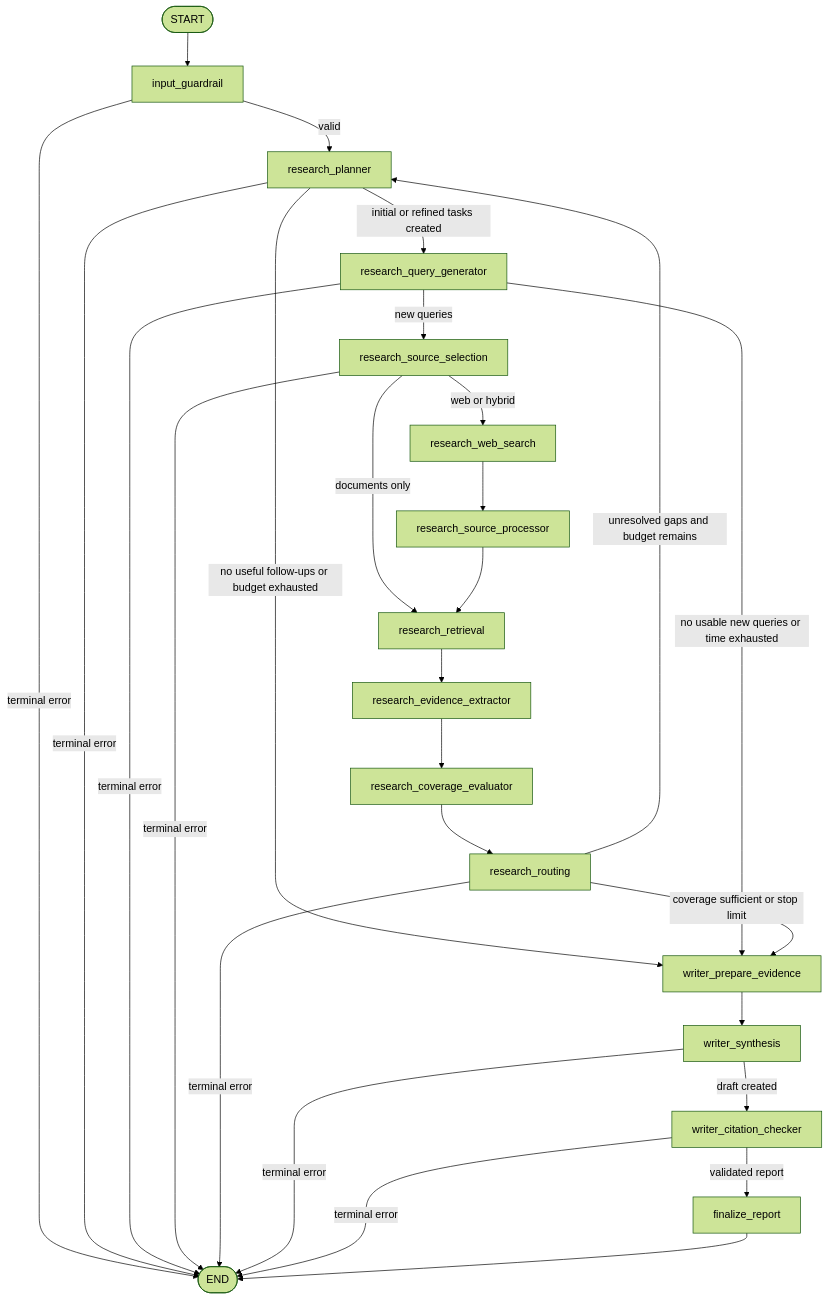
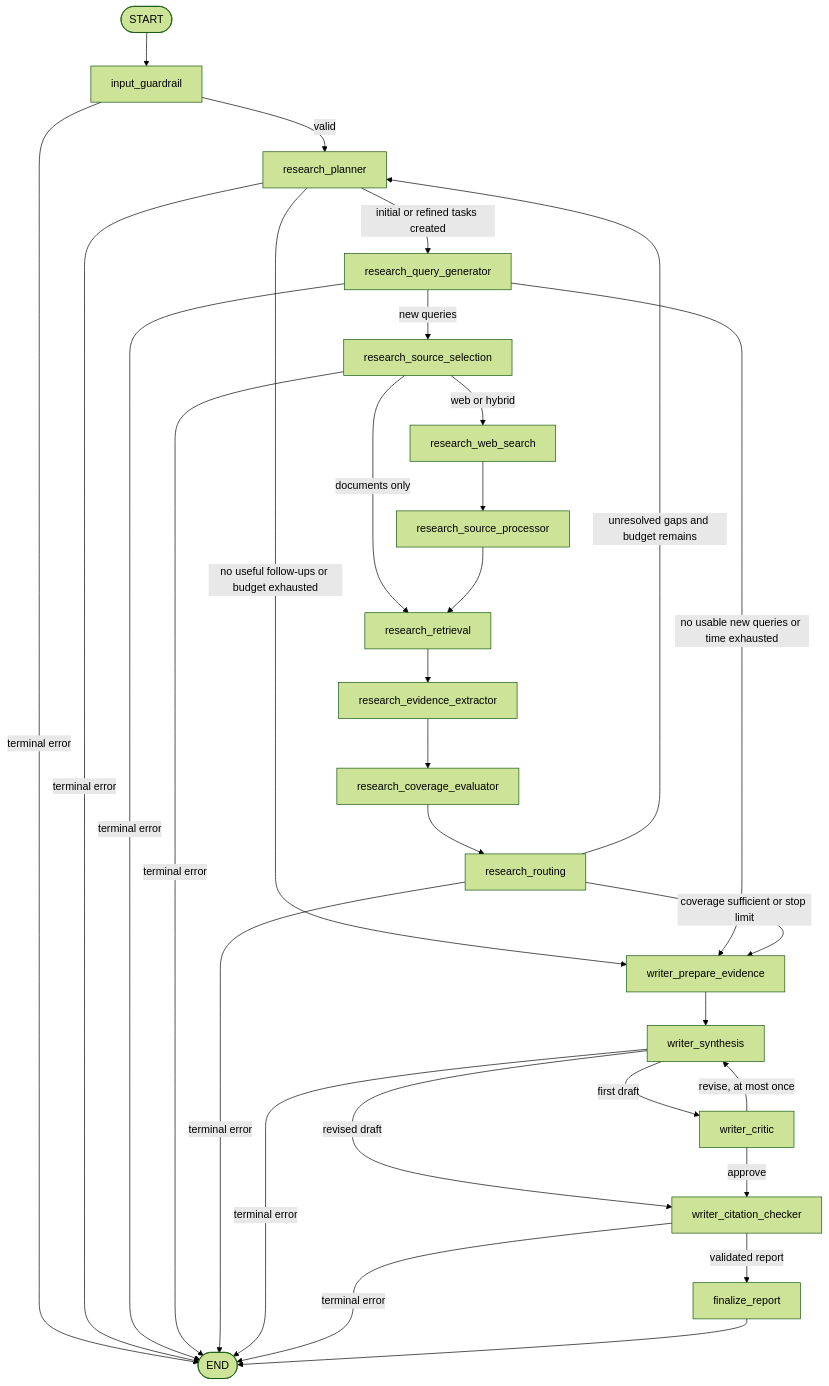
Before and after one commit to Ishwaridutt/deep-research-agent: the third of 11 diagrams in readme.md, drawn with Mermaid (forest theme). The commit also changed other lines of this file, not shown here.

Commit message:
updated readme with critic agent details

````diff
--- a/readme.md
+++ b/readme.md
@@ -176,33 +184,36 @@
 ```mermaid
 flowchart TD
     Start([START]) --> Guardrail[input_guardrail]
     Guardrail -->|valid| Planner[research_planner]
     Guardrail -->|terminal error| End([END])
     Planner -->|initial or refined tasks created| Query[research_query_generator]
     Planner -->|no useful follow-ups or budget exhausted| Prepare[writer_prepare_evidence]
     Planner -->|terminal error| End
     Query -->|new queries| Select[research_source_selection]
     Query -->|no usable new queries or time exhausted| Prepare
     Query -->|terminal error| End
 
     Select -->|web or hybrid| Search[research_web_search]
     Select -->|documents only| Retrieve[research_retrieval]
     Select -->|terminal error| End
 
     Search --> Process[research_source_processor]
     Process --> Retrieve
     Retrieve --> Evidence[research_evidence_extractor]
     Evidence --> Coverage[research_coverage_evaluator]
     Coverage --> Router[research_routing]
 
     Router -->|unresolved gaps and budget remains| Planner
     Router -->|coverage sufficient or stop limit| Prepare
     Router -->|terminal error| End
 
     Prepare --> Synthesis[writer_synthesis]
-    Synthesis -->|draft created| Citations[writer_citation_checker]
+    Synthesis -->|first draft| Critic[writer_critic]
+    Synthesis -->|revised draft| Citations[writer_citation_checker]
     Synthesis -->|terminal error| End
+    Critic -->|revise, at most once| Synthesis
+    Critic -->|approve| Citations
     Citations -->|validated report| Finalize[finalize_report]
     Citations -->|terminal error| End
     Finalize --> End
 ```
````
